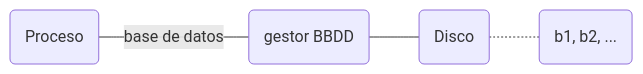
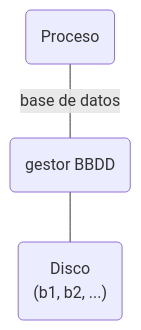
The fifth of 5 diagrams in transparencias/ssdd_sfd.md (acaldero/uc3m_sd), drawn with Mermaid before and after one commit. The commit also changed other lines of this file, not shown here.

````diff
--- a/transparencias/ssdd_sfd.md
+++ b/transparencias/ssdd_sfd.md
@@ -64,6 +65,5 @@
   ```mermaid
-  flowchart LR
+  flowchart TD
   A(Proceso)---|"base de datos"|B("gestor BBDD")
-  B --- C(Disco)
-  C -.- D("b1, b2, ...")
+  B --- C("Disco<br>(b1, b2, ...)")
   ```
````
